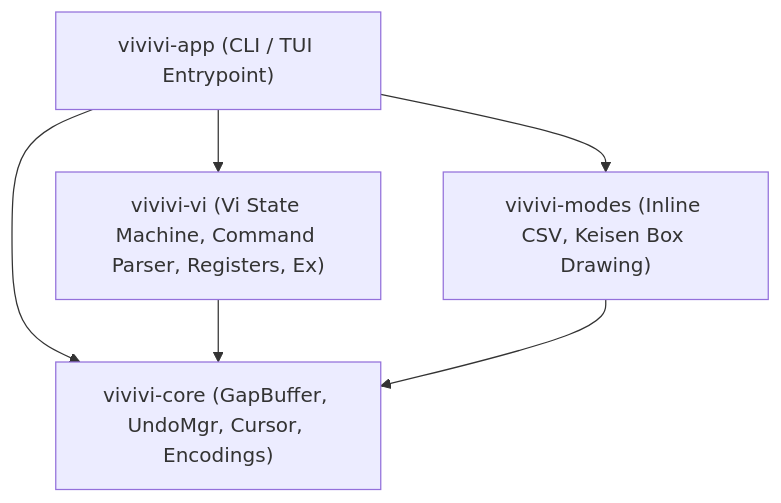
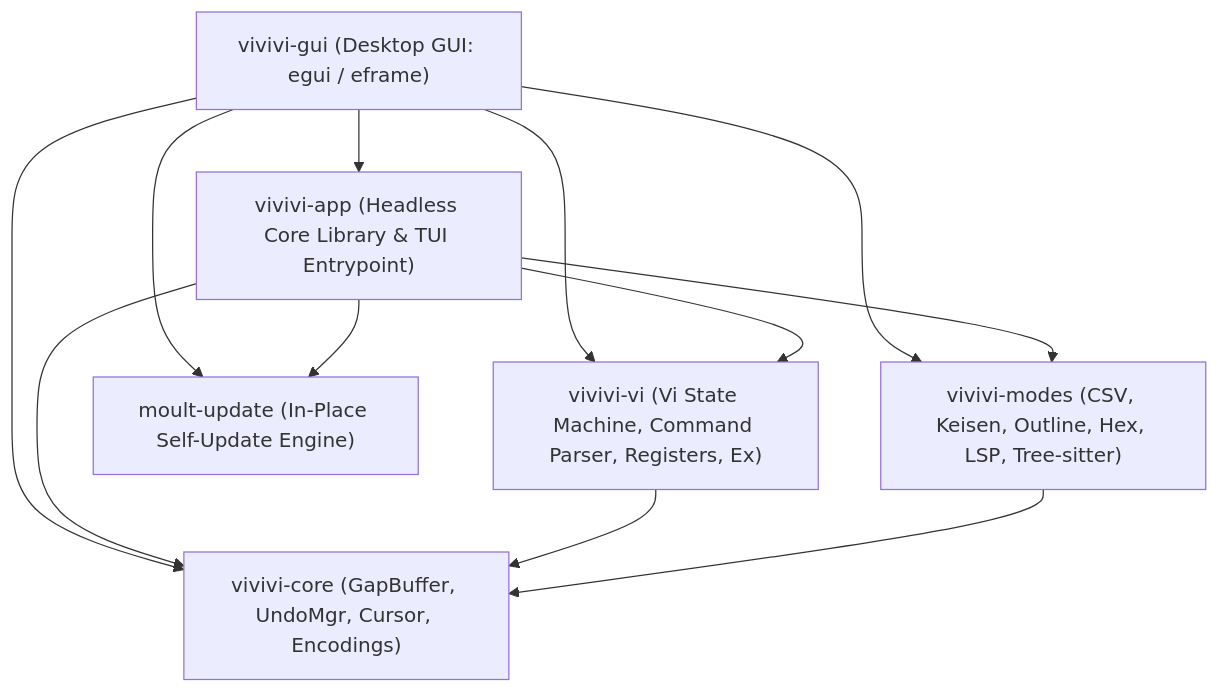
Before and after one commit to tkshnkgwr/vivivi: the diagram in docs/en/ARCHITECTURE.md, drawn with Mermaid. The commit also changed other lines of this file and 60 other files, not shown here.

````diff
--- a/docs/en/ARCHITECTURE.md
+++ b/docs/en/ARCHITECTURE.md
@@ -24,13 +24,21 @@
 ```mermaid
 graph TD
-    App["vivivi-app (CLI / TUI Entrypoint)"]
+    Gui["vivivi-gui (Desktop GUI: egui / eframe)"]
+    App["vivivi-app (Headless Core Library & TUI Entrypoint)"]
     Core["vivivi-core (GapBuffer, UndoMgr, Cursor, Encodings)"]
     Vi["vivivi-vi (Vi State Machine, Command Parser, Registers, Ex)"]
-    Modes["vivivi-modes (Inline CSV, Keisen Box Drawing)"]
+    Modes["vivivi-modes (CSV, Keisen, Outline, Hex, LSP, Tree-sitter)"]
+    Moult["moult-update (In-Place Self-Update Engine)"]
 
+    Gui --> App
+    Gui --> Vi
+    Gui --> Modes
+    Gui --> Core
+    Gui --> Moult
     App --> Vi
     App --> Modes
     App --> Core
+    App --> Moult
     Vi --> Core
     Modes --> Core
 ```
````
